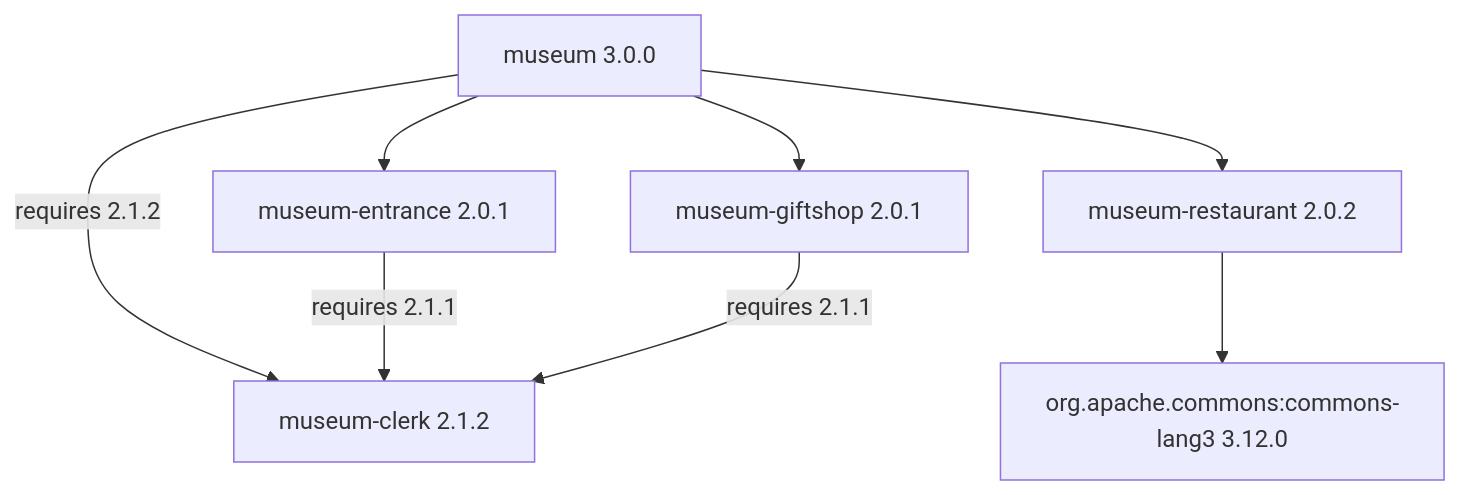
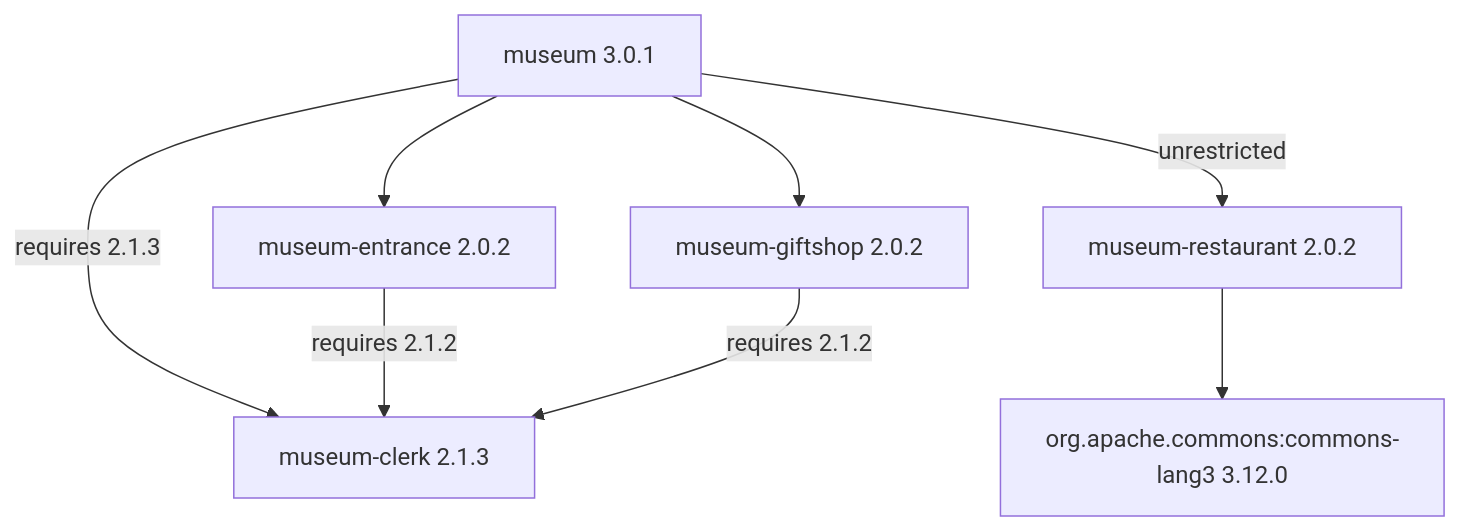
One commit to flix/museum changed the diagram in README.md. Above: the diagram before and after it, drawn with Mermaid. The commit also changed other lines of this file and 2 other files, not shown here.

````diff
--- a/README.md
+++ b/README.md
@@ -20,10 +23,10 @@
 ```mermaid
 flowchart TD
-    M["museum 3.0.0"] --> E["museum-entrance 2.0.1"]
-    M --> G["museum-giftshop 2.0.1"]
-    M --> R["museum-restaurant 2.0.2"]
-    M -->|requires 2.1.2| C["museum-clerk 2.1.2"]
-    E -->|requires 2.1.1| C
-    G -->|requires 2.1.1| C
+    M["museum 3.0.1"] --> E["museum-entrance 2.0.2"]
+    M --> G["museum-giftshop 2.0.2"]
+    M -->|unrestricted| R["museum-restaurant 2.0.2"]
+    M -->|requires 2.1.3| C["museum-clerk 2.1.3"]
+    E -->|requires 2.1.2| C
+    G -->|requires 2.1.2| C
     R --> J["org.apache.commons:commons-lang3 3.12.0"]
 ```
````
